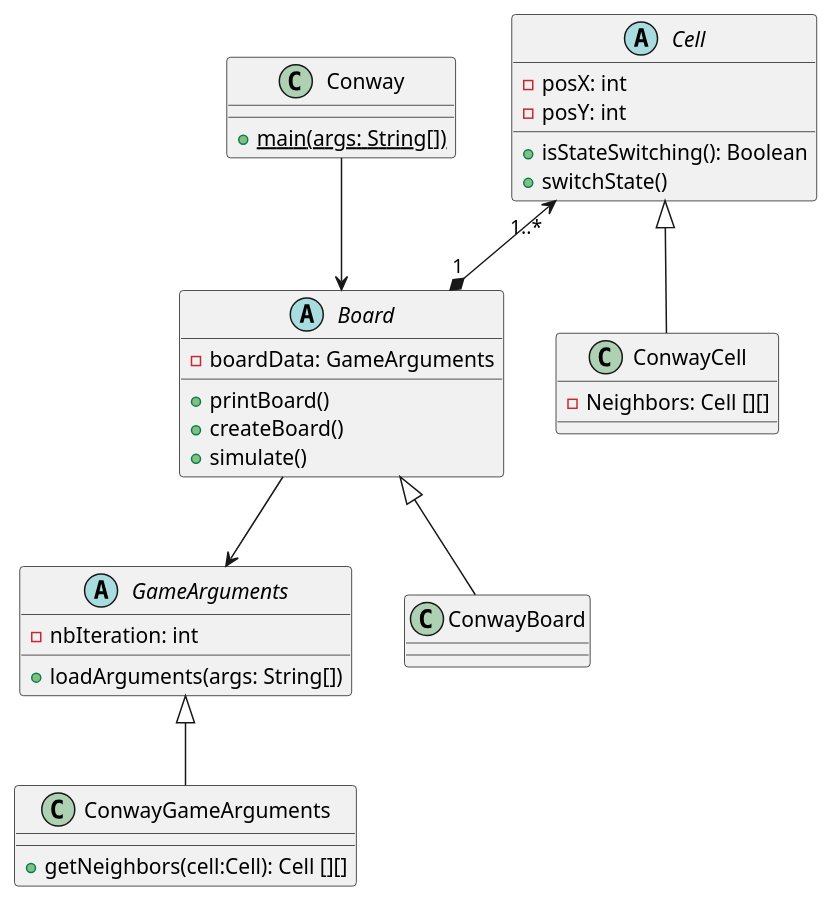
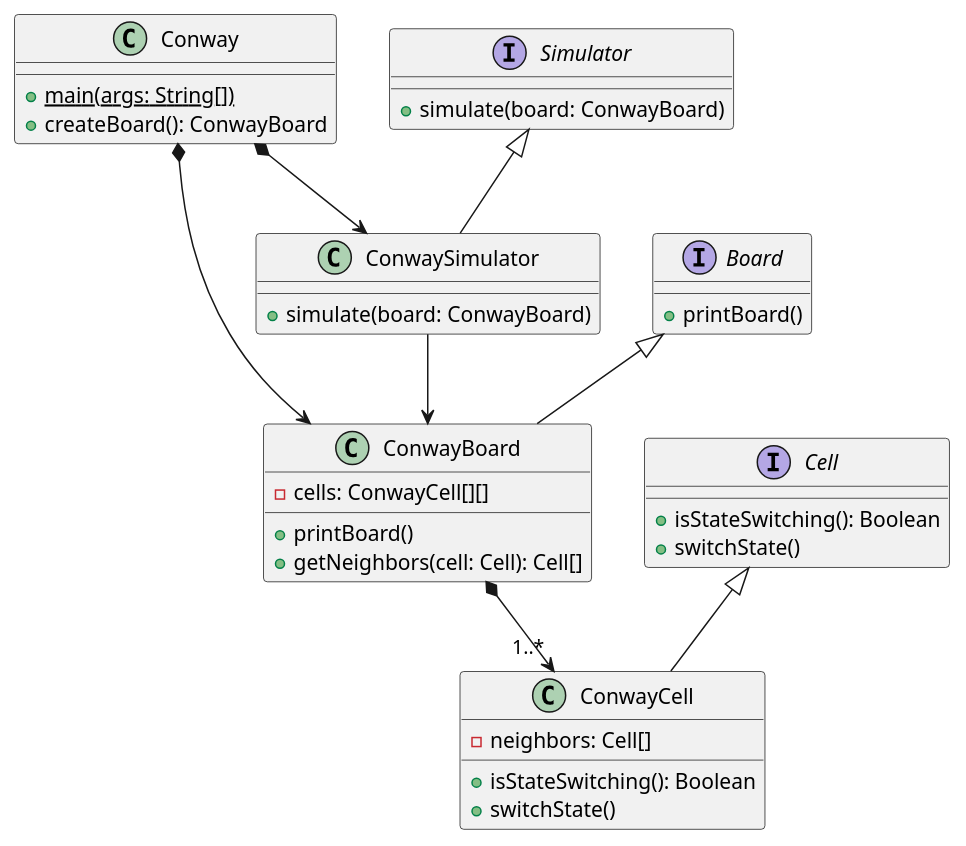
Before and after one commit to Sileye54/Conway-Game-of-Life: the diagram in _models/class_diagram.puml, drawn with PlantUML. The commit also changed 1 other file, not shown here.

Commit message:
Met à jour le diagramme de classe et d'objet

```diff
--- a/_models/class_diagram.puml
+++ b/_models/class_diagram.puml
@@ -1,45 +1,47 @@
 @startuml
 
 class Conway {
-	+ {static} main(args: String[])
+  + {static} main(args: String[])
+  + createBoard(): ConwayBoard
 }
 
-abstract Cell{
-	-posX: int
-	-posY: int
-	+isStateSwitching(): Boolean
-	+switchState()
-	
-}
-abstract GameArguments{
-	-nbIteration: int
-	+loadArguments(args: String[])
+interface Cell {
+  + isStateSwitching(): Boolean
+  + switchState()
 }
 
-abstract Board{
-	-boardData: GameArguments
-	+printBoard()
-	+createBoard()
-	+simulate()
+interface Board {
+  + printBoard()
 }
 
-
-class ConwayCell{
-	-Neighbors: Cell [][]
+interface Simulator {
+  + simulate(board: ConwayBoard)
 }
 
-class ConwayGameArguments{
-	+getNeighbors(cell:Cell): Cell [][]
+class ConwayCell {
+  - neighbors: Cell[]
+  + isStateSwitching(): Boolean
+  + switchState()
 }
 
-class ConwayBoard{
+class ConwayBoard {
+  - cells: ConwayCell[][]
+  + printBoard()
+  + getNeighbors(cell: Cell): Cell[]
+}
 
+class ConwaySimulator {
+  + simulate(board: ConwayBoard)
 }
+
+Conway *--> ConwayBoard
+Conway *--> ConwaySimulator
+
 Cell <|-- ConwayCell
-GameArguments <|-- ConwayGameArguments
 Board <|-- ConwayBoard
-Cell"1..*"<--* "1" Board
-Board --> GameArguments
-Conway --> Board
+Simulator <|-- ConwaySimulator
+
+ConwayBoard *--> "1..*" ConwayCell
+ConwaySimulator --> ConwayBoard
 
 @enduml
```
